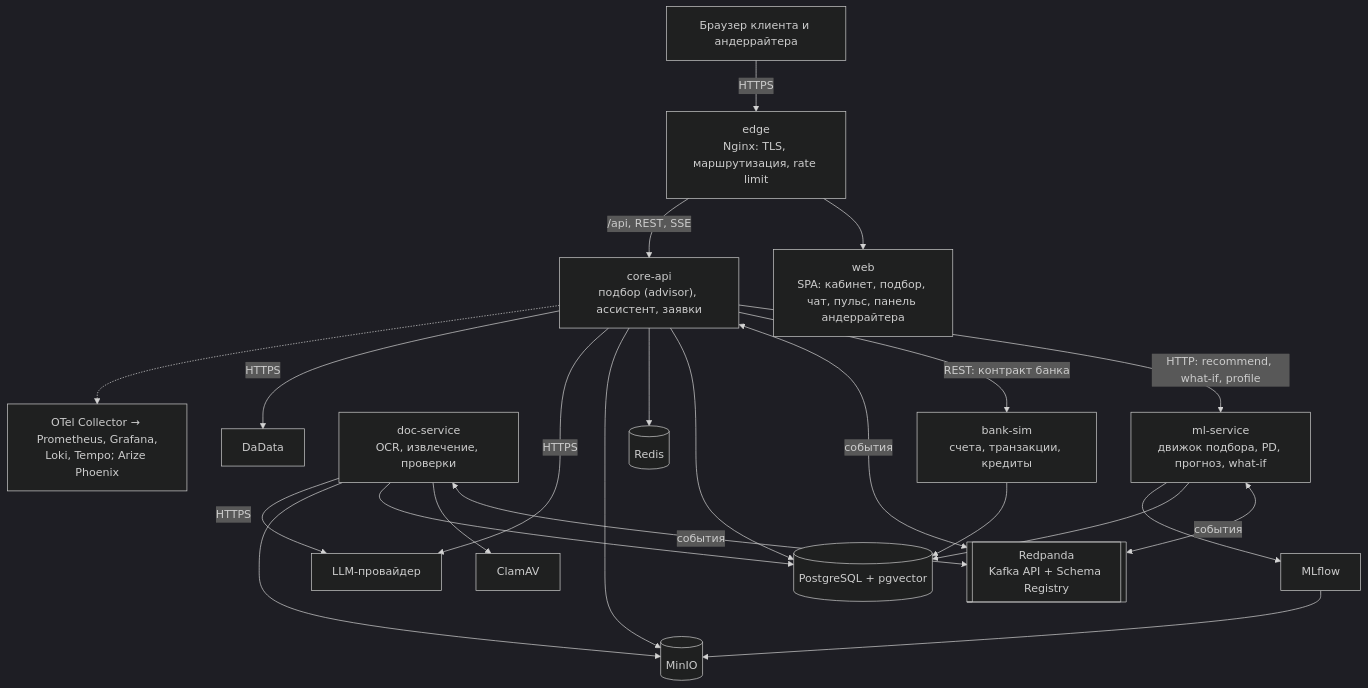
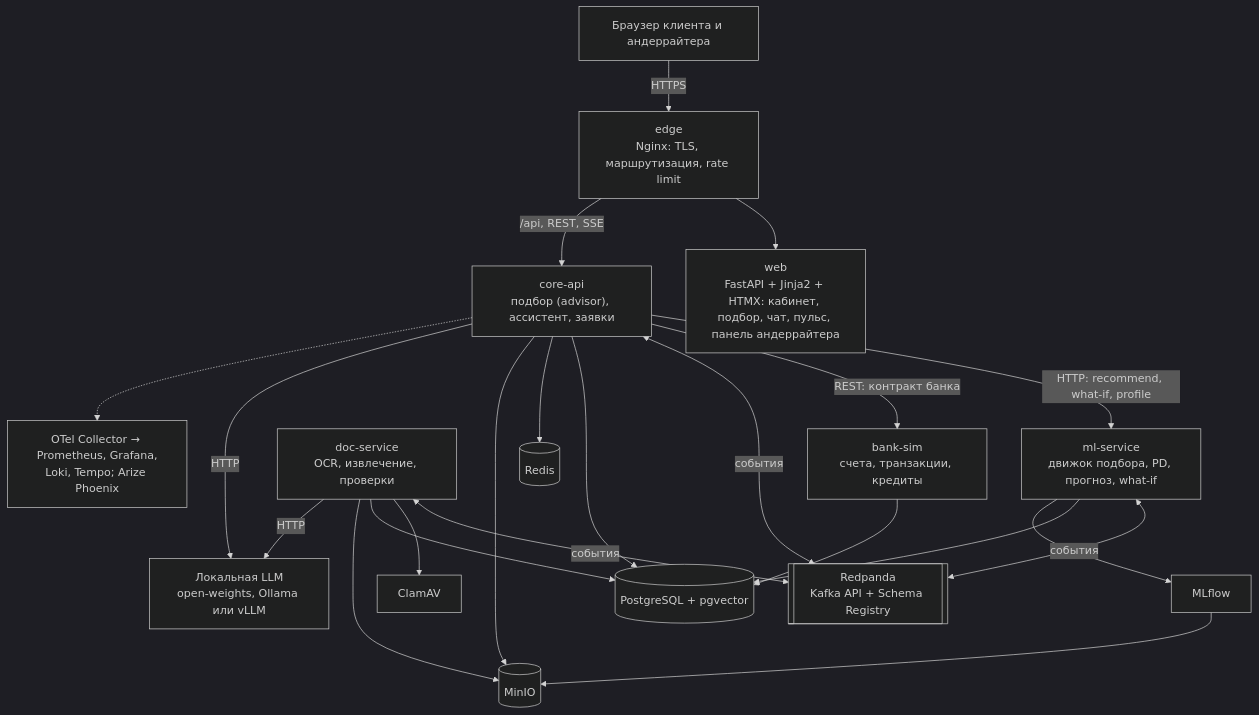
Diagram 14 of 18 in docs/Архитектура прототипа — Умный кредитный кабинет (хакатон).md (HRV220/AlfaHack2026), drawn with Mermaid (dark theme) before and after one commit. The commit also changed other lines of this file and 4 other files, not shown here.

````diff
--- a/docs/Архитектура прототипа — Умный кредитный кабинет (хакатон).md
+++ b/docs/Архитектура прототипа — Умный кредитный кабинет (хакатон).md
@@ -696,25 +725,24 @@
 ```mermaid
 flowchart TB
   user["Браузер клиента и андеррайтера"] -->|HTTPS| edge["edge<br/>Nginx: TLS, маршрутизация, rate limit"]
-  edge --> web["web<br/>SPA: кабинет, подбор, чат, пульс, панель андеррайтера"]
+  edge --> web["web<br/>FastAPI + Jinja2 + HTMX: кабинет, подбор, чат, пульс, панель андеррайтера"]
   edge -->|/api, REST, SSE| core["core-api<br/>подбор (advisor), ассистент, заявки"]
   core -->|HTTP: recommend, what-if, profile| ml["ml-service<br/>движок подбора, PD, прогноз, what-if"]
   core -->|REST: контракт банка| sim["bank-sim<br/>счета, транзакции, кредиты"]
   core <-->|события| bus[["Redpanda<br/>Kafka API + Schema Registry"]]
   ml <-->|события| bus
   doc["doc-service<br/>OCR, извлечение, проверки"] <-->|события| bus
   doc --> av["ClamAV"]
   core --> pg[("PostgreSQL + pgvector")]
   ml --> pg
   doc --> pg
   sim --> pg
   core --> redis[("Redis")]
   core --> s3[("MinIO")]
   doc --> s3
   ml --> mlflow["MLflow"]
   mlflow --> s3
-  core -->|HTTPS| llm["LLM-провайдер"]
-  doc -->|HTTPS| llm
-  core -->|HTTPS| dadata["DaData"]
+  core -->|HTTP| llm["Локальная LLM<br/>open-weights, Ollama или vLLM"]
+  doc -->|HTTP| llm
   core -.-> otel["OTel Collector → Prometheus, Grafana,<br/>Loki, Tempo; Arize Phoenix"]
 ```
````
